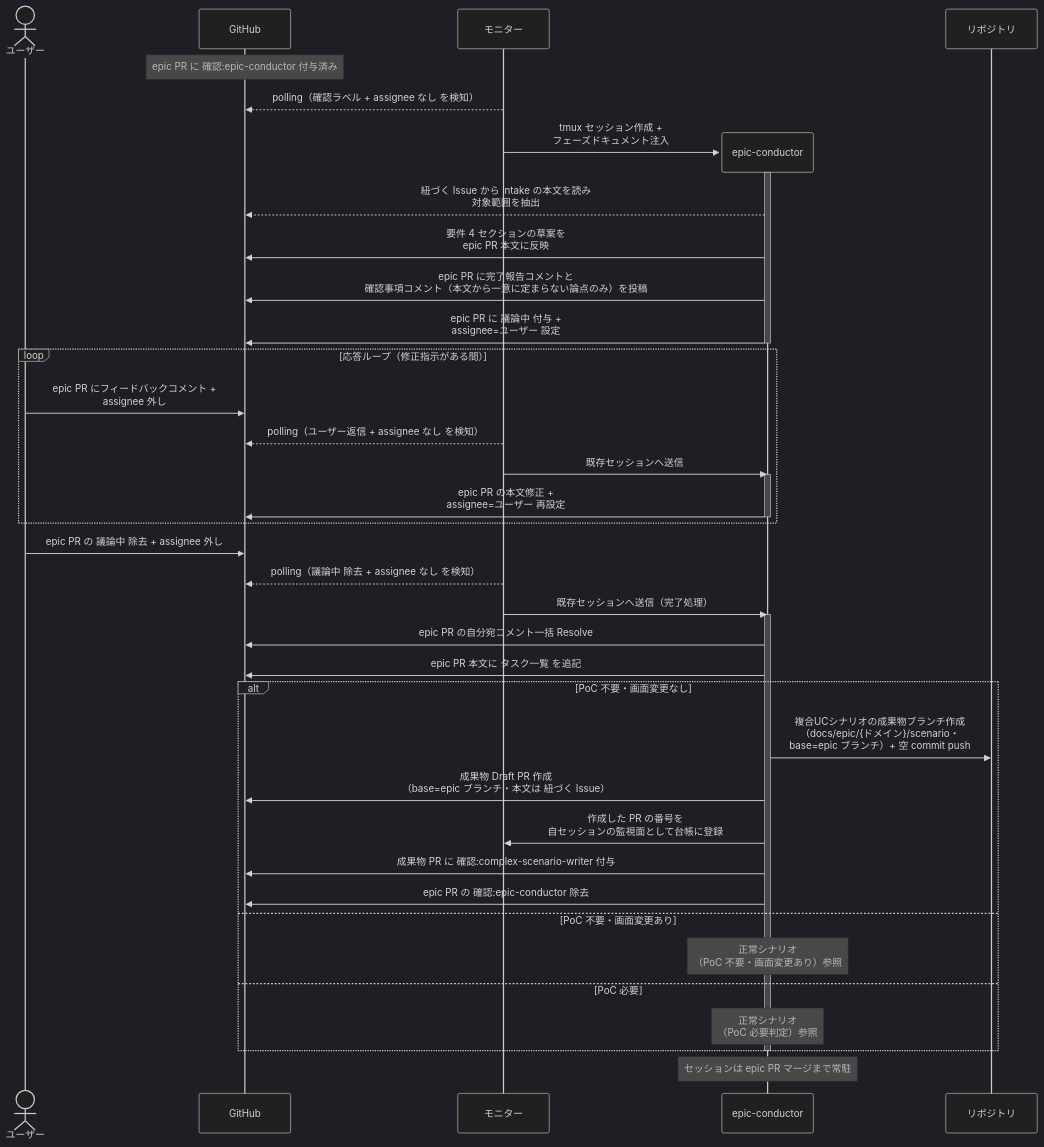
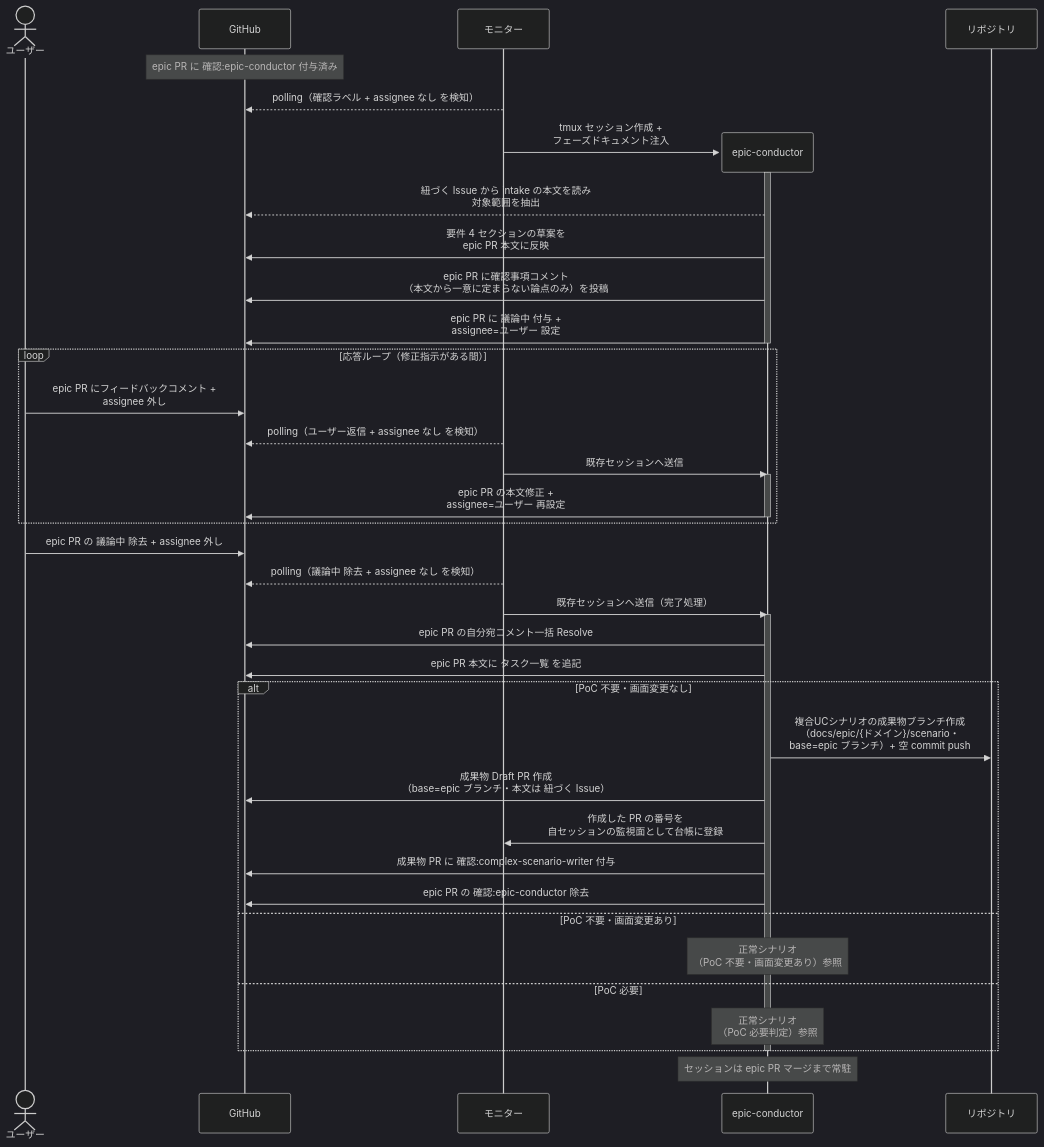
Before and after one commit to shuhei1101/ai-monitor: the first of 5 diagrams in docs/wiki/設計図/シナリオ/単一ユースケース/epic要件確定.md, drawn with Mermaid (dark theme). The commit also changed other lines of this file and 174 other files, not shown here.

````diff
--- a/docs/wiki/設計図/シナリオ/単一ユースケース/epic要件確定.md
+++ b/docs/wiki/設計図/シナリオ/単一ユースケース/epic要件確定.md
@@ -27,47 +27,47 @@
 ```mermaid
 sequenceDiagram
   actor U as ユーザー
   participant GH as GitHub
   participant ORC as モニター
 
   Note over GH: epic PR に 確認:epic-conductor 付与済み
   ORC-->>GH: polling（確認ラベル + assignee なし を検知）
   create participant MON as epic-conductor
   ORC->>MON: tmux セッション作成 +<br>フェーズドキュメント注入
   participant REPO as リポジトリ
   activate MON
   MON-->>GH: 紐づく Issue から intake の本文を読み<br>対象範囲を抽出
   MON->>GH: 要件 4 セクションの草案を<br>epic PR 本文に反映
-  MON->>GH: epic PR に完了報告コメントと<br>確認事項コメント（本文から一意に定まらない論点のみ）を投稿
+  MON->>GH: epic PR に確認事項コメント<br>（本文から一意に定まらない論点のみ）を投稿
   MON->>GH: epic PR に 議論中 付与 +<br>assignee=ユーザー 設定
   deactivate MON
 
   loop 応答ループ（修正指示がある間）
     U->>GH: epic PR にフィードバックコメント +<br>assignee 外し
     ORC-->>GH: polling（ユーザー返信 + assignee なし を検知）
     ORC->>MON: 既存セッションへ送信
     activate MON
     MON->>GH: epic PR の本文修正 +<br>assignee=ユーザー 再設定
     deactivate MON
   end
 
   U->>GH: epic PR の 議論中 除去 + assignee 外し
   ORC-->>GH: polling（議論中 除去 + assignee なし を検知）
   ORC->>MON: 既存セッションへ送信（完了処理）
   activate MON
   MON->>GH: epic PR の自分宛コメント一括 Resolve
   MON->>GH: epic PR 本文に タスク一覧 を追記
   alt PoC 不要・画面変更なし
     MON->>REPO: 複合UCシナリオの成果物ブランチ作成<br>（docs/epic/{ドメイン}/scenario・<br>base=epic ブランチ）+ 空 commit push
     MON->>GH: 成果物 Draft PR 作成<br>（base=epic ブランチ・本文は 紐づく Issue）
     MON->>ORC: 作成した PR の番号を<br>自セッションの監視面として台帳に登録
     MON->>GH: 成果物 PR に 確認:complex-scenario-writer 付与
     MON->>GH: epic PR の 確認:epic-conductor 除去
   else PoC 不要・画面変更あり
     Note over MON: 正常シナリオ<br>（PoC 不要・画面変更あり）参照
   else PoC 必要
     Note over MON: 正常シナリオ<br>（PoC 必要判定）参照
   end
   deactivate MON
   Note over MON: セッションは epic PR マージまで常駐
 ```
````
